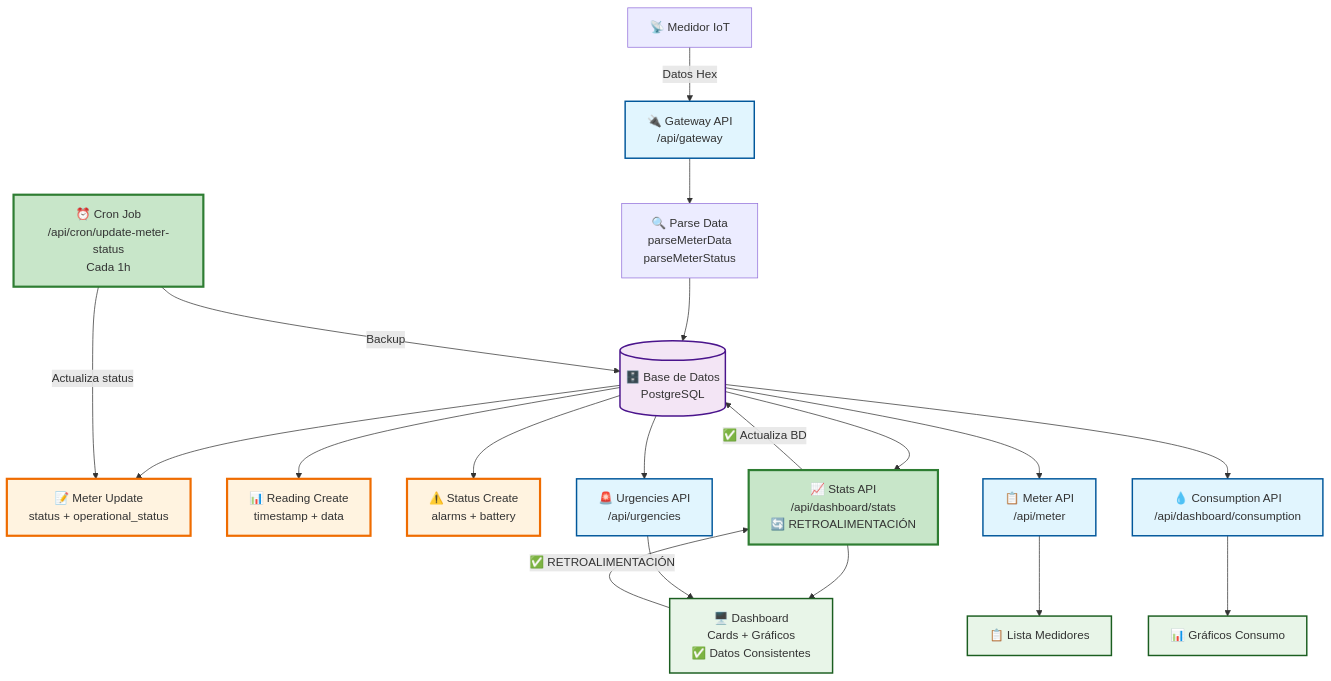
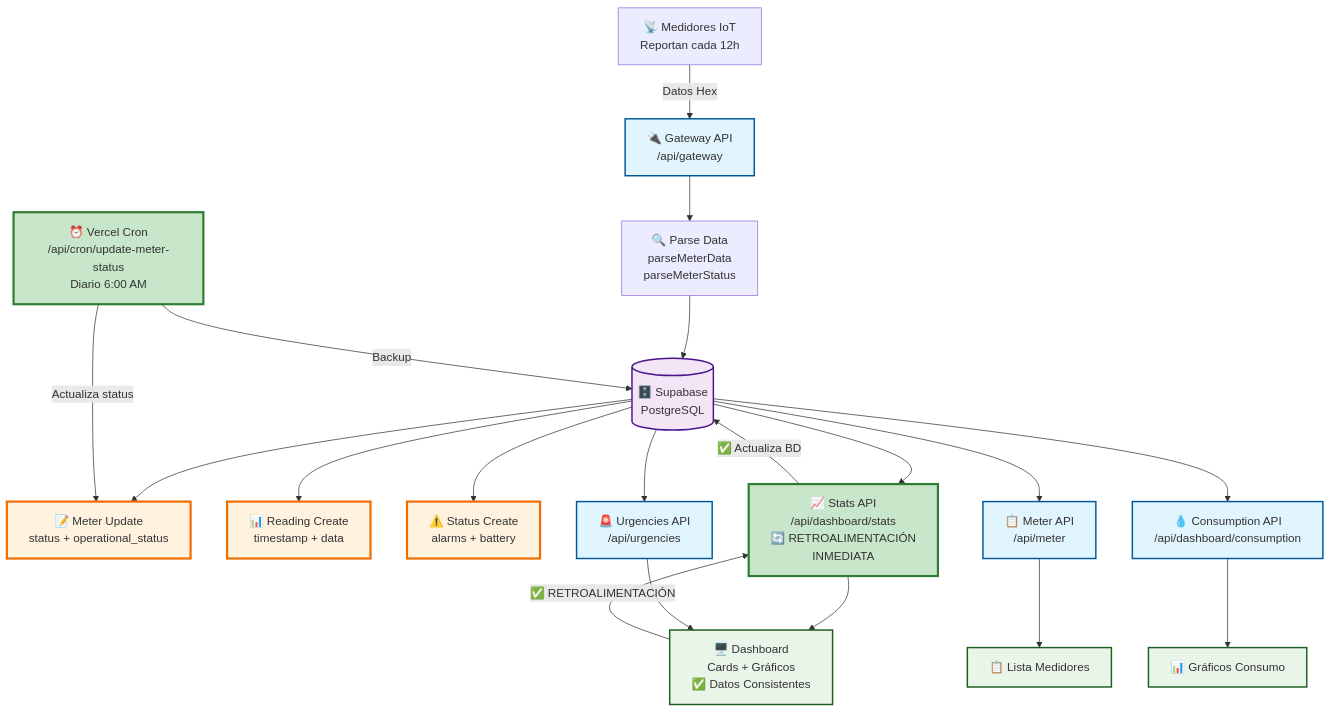
One commit to DevEcoWater/Ecowater changed the first of 3 diagrams in docs/ECOSISTEMA_FINAL_MEJORADO.md. Above: the diagram before and after it, drawn with Mermaid. The commit also changed other lines of this file and 10 other files, not shown here.

Commit message:
docs: add ecosystem final docs (mermaid sources, images, explained guide)

````diff
--- a/docs/ECOSISTEMA_FINAL_MEJORADO.md
+++ b/docs/ECOSISTEMA_FINAL_MEJORADO.md
@@ -5,47 +5,47 @@
 ```mermaid
 graph TB
-    %% Entrada de Datos
-    IoT[📡 Medidor IoT] -->|Datos Hex| Gateway[🔌 Gateway API<br/>/api/gateway]
+    %% Entrada de Datos IoT
+    IoT[📡 Medidores IoT<br/>Reportan cada 12h] -->|Datos Hex| Gateway[🔌 Gateway API<br/>/api/gateway]
 
     %% Procesamiento Gateway
     Gateway --> Parse[🔍 Parse Data<br/>parseMeterData<br/>parseMeterStatus]
-    Parse --> DB[(🗄️ Base de Datos<br/>PostgreSQL)]
+    Parse --> DB[(🗄️ Supabase<br/>PostgreSQL)]
 
-    %% Actualización de Estados (MEJORADO)
+    %% Actualización de Estados
     DB --> MeterUpdate[📝 Meter Update<br/>status + operational_status]
     DB --> ReadingCreate[📊 Reading Create<br/>timestamp + data]
     DB --> StatusCreate[⚠️ Status Create<br/>alarms + battery]
 
-    %% APIs de Consulta (OPTIMIZADAS)
-    DB --> StatsAPI[📈 Stats API<br/>/api/dashboard/stats<br/>🔄 RETROALIMENTACIÓN]
+    %% APIs de Consulta
+    DB --> StatsAPI[📈 Stats API<br/>/api/dashboard/stats<br/>🔄 RETROALIMENTACIÓN<br/>INMEDIATA]
     DB --> UrgenciesAPI[🚨 Urgencies API<br/>/api/urgencies]
     DB --> MeterAPI[📋 Meter API<br/>/api/meter]
     DB --> ConsumptionAPI[💧 Consumption API<br/>/api/dashboard/consumption]
 
-    %% Cron Job (OPTIMIZADO)
-    CronJob[⏰ Cron Job<br/>/api/cron/update-meter-status<br/>Cada 1h] -->|Backup| DB
+    %% Cron Job (Vercel Hobby)
+    CronJob[⏰ Vercel Cron<br/>/api/cron/update-meter-status<br/>Diario 6:00 AM] -->|Backup| DB
     CronJob -->|Actualiza status| MeterUpdate
 
     %% Frontend
     StatsAPI --> Dashboard[🖥️ Dashboard<br/>Cards + Gráficos<br/>✅ Datos Consistentes]
     UrgenciesAPI --> Dashboard
     MeterAPI --> MeterList[📋 Lista Medidores]
     ConsumptionAPI --> Charts[📊 Gráficos Consumo]
 
-    %% Retroalimentación (IMPLEMENTADA)
+    %% Retroalimentación
     Dashboard -->|✅ RETROALIMENTACIÓN| StatsAPI
     StatsAPI -->|✅ Actualiza BD| DB
 
     %% Estilos
     classDef api fill:#e1f5fe,stroke:#01579b,stroke-width:2px
     classDef db fill:#f3e5f5,stroke:#4a148c,stroke-width:2px
     classDef frontend fill:#e8f5e8,stroke:#1b5e20,stroke-width:2px
     classDef improved fill:#c8e6c9,stroke:#2e7d32,stroke-width:3px
     classDef feedback fill:#fff3e0,stroke:#ef6c00,stroke-width:3px
 
     class Gateway,UrgenciesAPI,MeterAPI,ConsumptionAPI api
     class DB db
     class Dashboard,MeterList,Charts frontend
     class StatsAPI,CronJob improved
     class MeterUpdate,ReadingCreate,StatusCreate feedback
 ```
````
